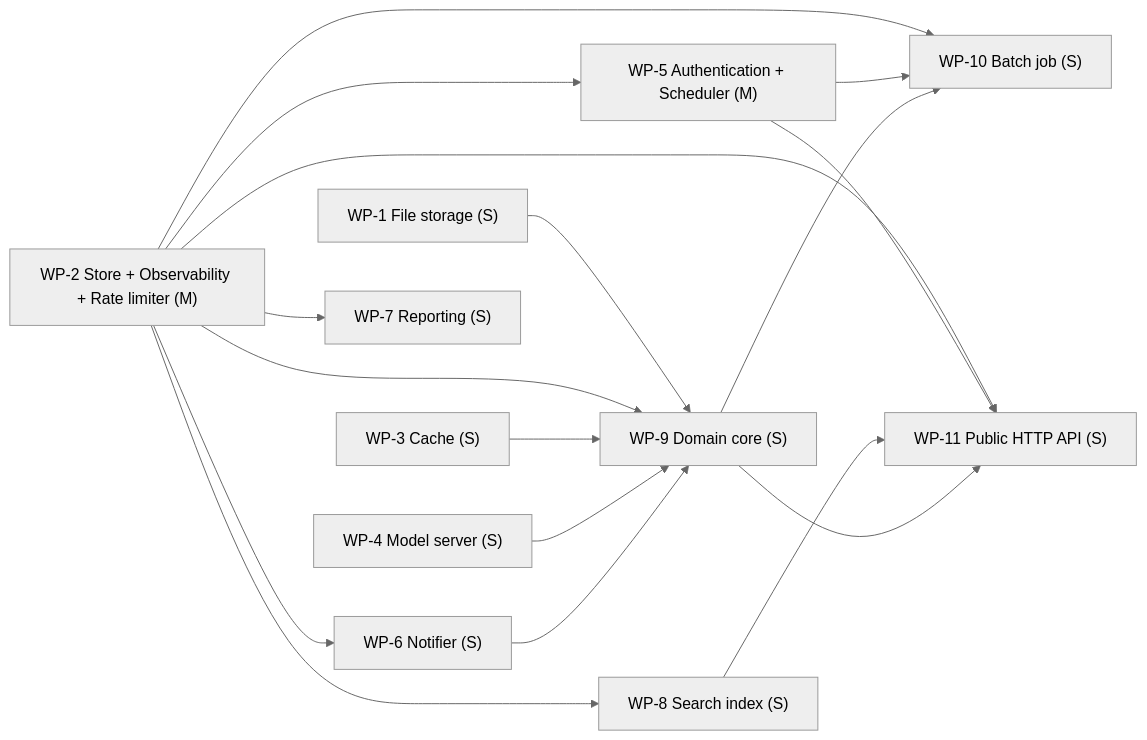
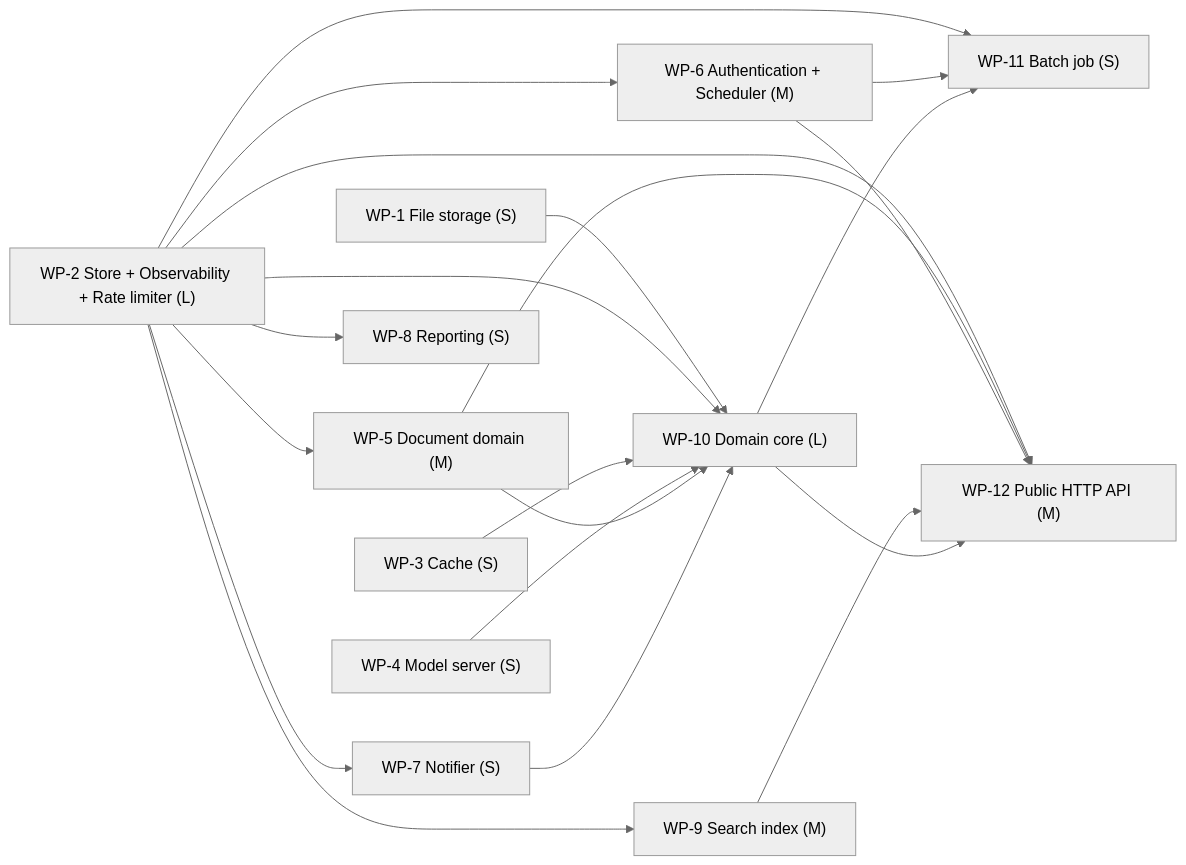
Before and after one commit to yui9696/sekkei: the fourth of 4 diagrams in examples/eval/docsearch.DESIGN.md, drawn with Mermaid (neutral theme). The commit also changed other lines of this file and 39 other files, not shown here.

````diff
--- a/examples/eval/docsearch.DESIGN.md
+++ b/examples/eval/docsearch.DESIGN.md
@@ -862,30 +894,34 @@
 ```mermaid
 graph LR
   WP_1["WP-1 File storage (S)"]
-  WP_2["WP-2 Store + Observability + Rate limiter (M)"]
+  WP_2["WP-2 Store + Observability + Rate limiter (L)"]
   WP_3["WP-3 Cache (S)"]
   WP_4["WP-4 Model server (S)"]
-  WP_5["WP-5 Authentication + Scheduler (M)"]
-  WP_6["WP-6 Notifier (S)"]
-  WP_7["WP-7 Reporting (S)"]
-  WP_8["WP-8 Search index (S)"]
-  WP_9["WP-9 Domain core (S)"]
-  WP_10["WP-10 Batch job (S)"]
-  WP_11["WP-11 Public HTTP API (S)"]
+  WP_5["WP-5 Document domain (M)"]
+  WP_6["WP-6 Authentication + Scheduler (M)"]
+  WP_7["WP-7 Notifier (S)"]
+  WP_8["WP-8 Reporting (S)"]
+  WP_9["WP-9 Search index (M)"]
+  WP_10["WP-10 Domain core (L)"]
+  WP_11["WP-11 Batch job (S)"]
+  WP_12["WP-12 Public HTTP API (M)"]
   WP_2 --> WP_5
   WP_2 --> WP_6
   WP_2 --> WP_7
   WP_2 --> WP_8
-  WP_1 --> WP_9
   WP_2 --> WP_9
-  WP_3 --> WP_9
-  WP_4 --> WP_9
-  WP_6 --> WP_9
+  WP_1 --> WP_10
   WP_2 --> WP_10
+  WP_3 --> WP_10
+  WP_4 --> WP_10
   WP_5 --> WP_10
-  WP_9 --> WP_10
+  WP_7 --> WP_10
   WP_2 --> WP_11
-  WP_5 --> WP_11
-  WP_8 --> WP_11
-  WP_9 --> WP_11
+  WP_6 --> WP_11
+  WP_10 --> WP_11
+  WP_2 --> WP_12
+  WP_5 --> WP_12
+  WP_6 --> WP_12
+  WP_9 --> WP_12
+  WP_10 --> WP_12
 ```
````
